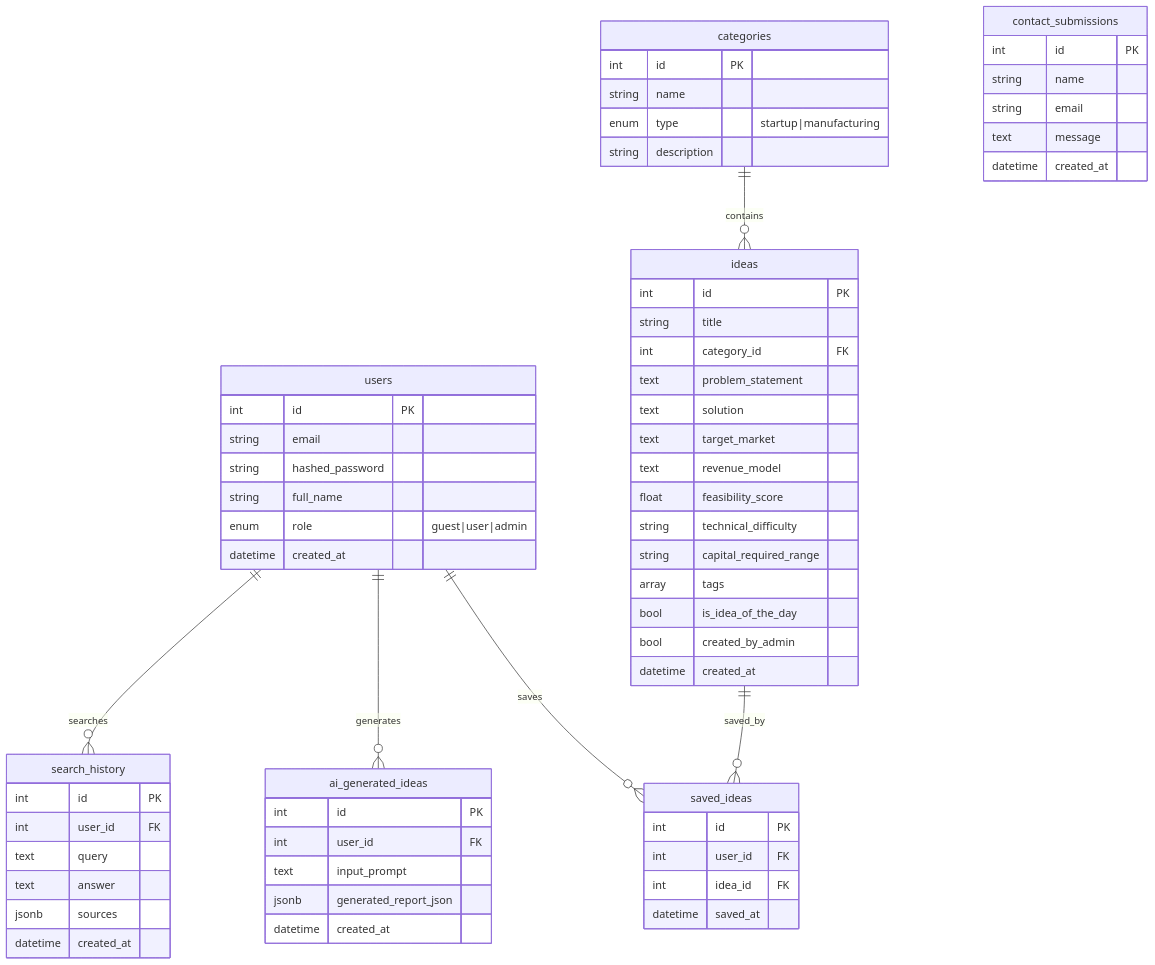
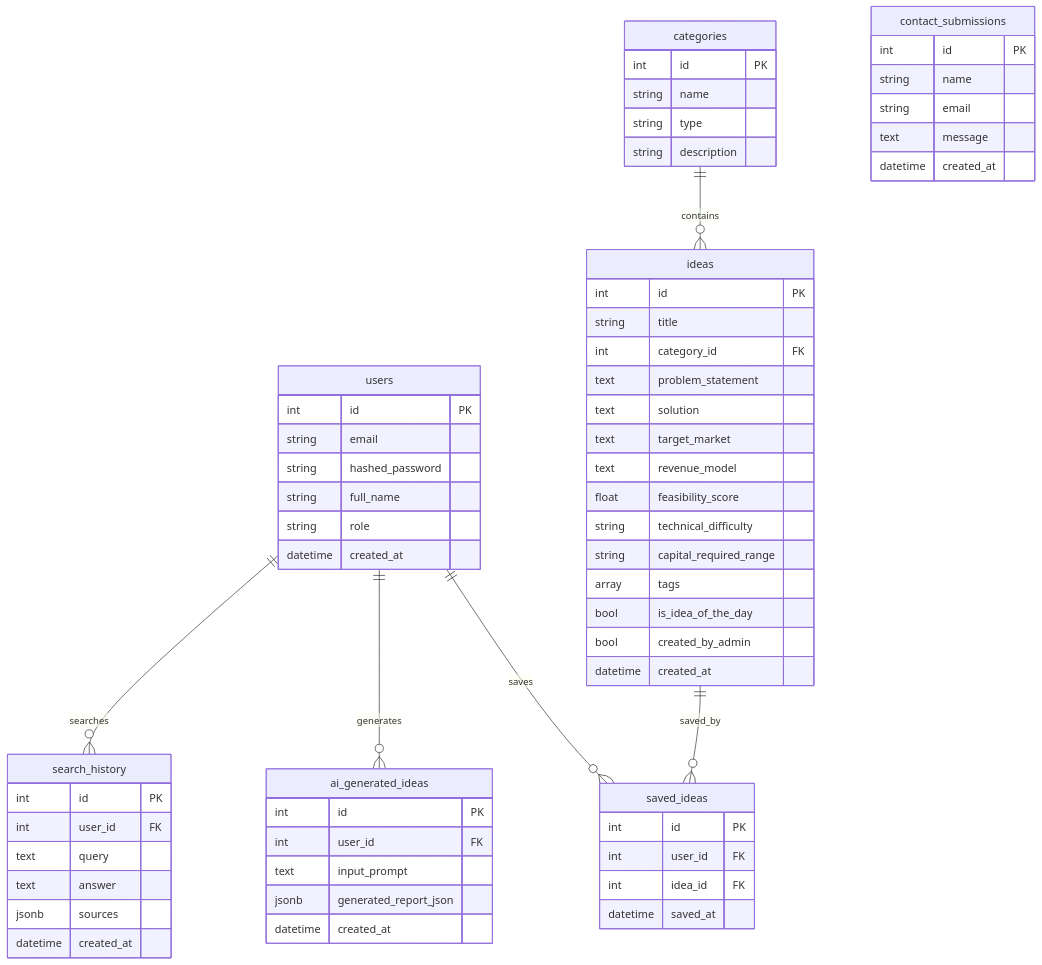
The third of 10 diagrams in docs/Architecture.md (ramakrishnabalijepally-del/IdeaForge), drawn with Mermaid before and after one commit. The commit also changed other lines of this file, not shown here.

First line of the commit message:
Fix all Mermaid diagrams in Architecture.md for GitHub compatibility

````diff
--- a/docs/Architecture.md
+++ b/docs/Architecture.md
@@ -58,73 +57,73 @@
 ```mermaid
 erDiagram
     users {
         int id PK
         string email
         string hashed_password
         string full_name
-        enum role "guest|user|admin"
+        string role
         datetime created_at
     }
 
     categories {
         int id PK
         string name
-        enum type "startup|manufacturing"
+        string type
         string description
     }
 
     ideas {
         int id PK
         string title
         int category_id FK
         text problem_statement
         text solution
         text target_market
         text revenue_model
         float feasibility_score
         string technical_difficulty
         string capital_required_range
         array tags
         bool is_idea_of_the_day
         bool created_by_admin
         datetime created_at
     }
 
     saved_ideas {
         int id PK
         int user_id FK
         int idea_id FK
         datetime saved_at
     }
 
     ai_generated_ideas {
         int id PK
         int user_id FK
         text input_prompt
         jsonb generated_report_json
         datetime created_at
     }
 
     search_history {
         int id PK
         int user_id FK
         text query
         text answer
         jsonb sources
         datetime created_at
     }
 
     contact_submissions {
         int id PK
         string name
         string email
         text message
         datetime created_at
     }
 
-    users ||--o{ saved_ideas : "saves"
-    users ||--o{ ai_generated_ideas : "generates"
-    users ||--o{ search_history : "searches"
-    categories ||--o{ ideas : "contains"
-    ideas ||--o{ saved_ideas : "saved_by"
+    users ||--o{ saved_ideas : saves
+    users ||--o{ ai_generated_ideas : generates
+    users ||--o{ search_history : searches
+    categories ||--o{ ideas : contains
+    ideas ||--o{ saved_ideas : saved_by
 ```
````
